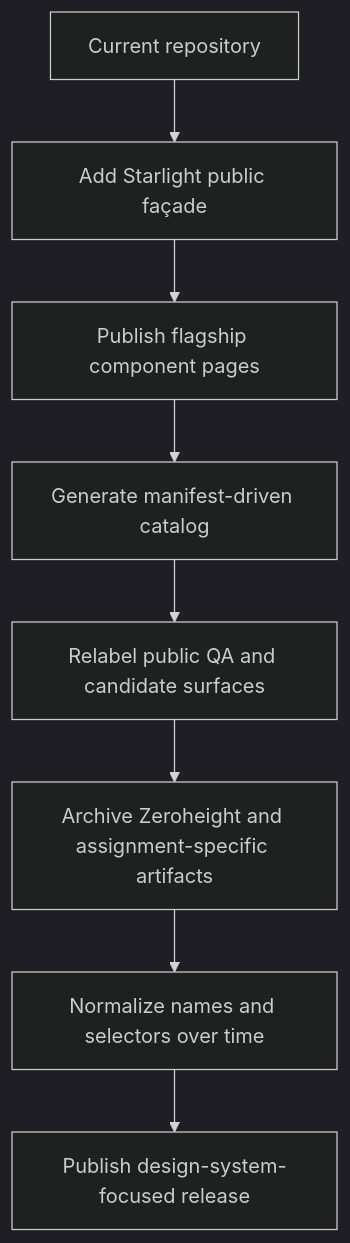
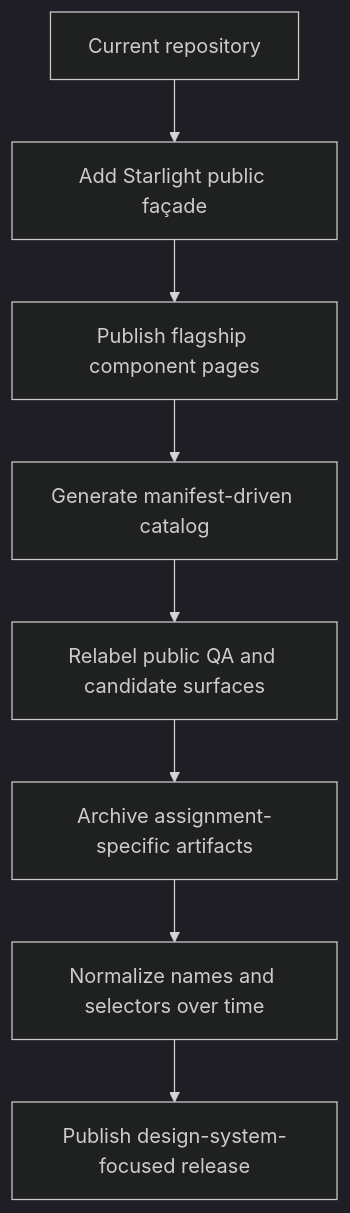
One commit to JeffreySanford/public-sector-federation changed the first of 2 diagrams in docs/documentation-upgrade/10-migration-and-cleanup-plan.md. Above: the diagram before and after it, drawn with Mermaid (dark theme). The commit also changed other lines of this file and 91 other files, not shown here.

````diff
--- a/docs/documentation-upgrade/10-migration-and-cleanup-plan.md
+++ b/docs/documentation-upgrade/10-migration-and-cleanup-plan.md
@@ -25,10 +25,10 @@
 ```mermaid
 flowchart TD
   Current[Current repository] --> Facade[Add Starlight public façade]
   Facade --> Flagship[Publish flagship component pages]
   Flagship --> Generated[Generate manifest-driven catalog]
   Generated --> Relabel[Relabel public QA and candidate surfaces]
-  Relabel --> Archive[Archive Zeroheight and assignment-specific artifacts]
+  Relabel --> Archive[Archive assignment-specific artifacts]
   Archive --> Normalize[Normalize names and selectors over time]
   Normalize --> Release[Publish design-system-focused release]
 ```
````
